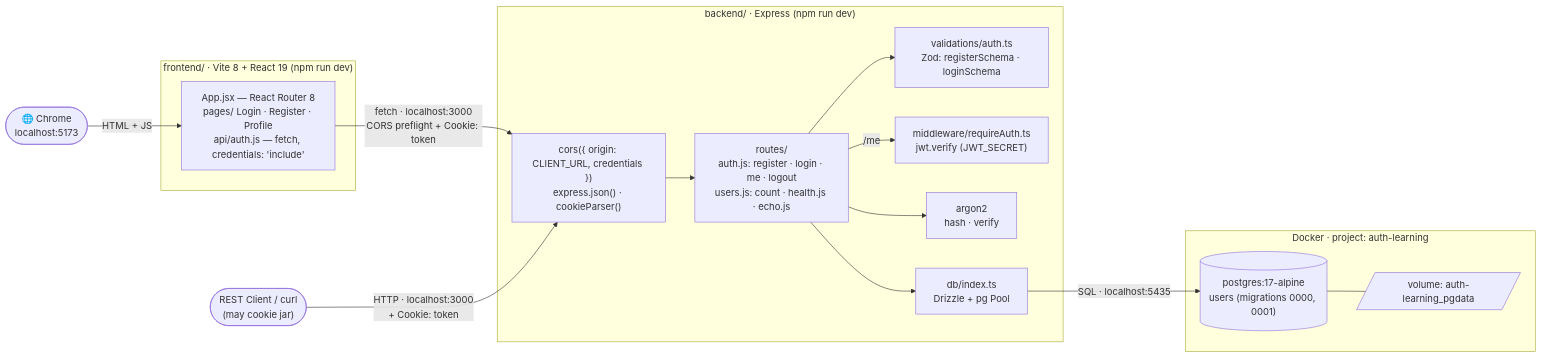
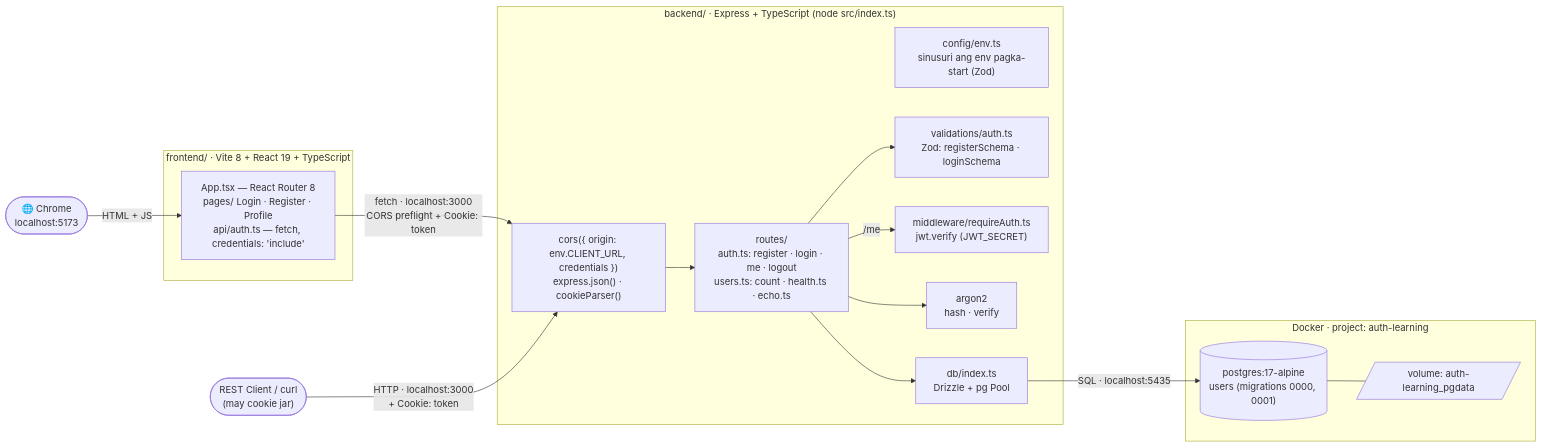
Before and after one commit to nelson1869-ai/auth-learning: the first of 3 diagrams in docs/diagrams/00-architecture.md, drawn with Mermaid. The commit also changed other lines of this file and 7 other files, not shown here.

Commit message:
docs: D-019 frontend types are a copy of the API, day 32b notes, diagrams

````diff
--- a/docs/diagrams/00-architecture.md
+++ b/docs/diagrams/00-architecture.md
@@ -12,28 +12,29 @@
 ```mermaid
 flowchart LR
     Browser(["🌐 Chrome<br/>localhost:5173"]) -->|"HTML + JS"| FE
-    subgraph FEG["frontend/ · Vite 8 + React 19 (npm run dev)"]
-        FE["App.jsx — React Router 8<br/>pages/ Login · Register · Profile<br/>api/auth.js — fetch, credentials: 'include'"]
+    subgraph FEG["frontend/ · Vite 8 + React 19 + TypeScript"]
+        FE["App.tsx — React Router 8<br/>pages/ Login · Register · Profile<br/>api/auth.ts — fetch, credentials: 'include'"]
     end
     FE -->|"fetch · localhost:3000<br/>CORS preflight + Cookie: token"| MW
     Client(["REST Client / curl<br/>(may cookie jar)"]) -->|"HTTP · localhost:3000<br/>+ Cookie: token"| MW
-    subgraph BE["backend/ · Express (npm run dev)"]
-        MW["cors({ origin: CLIENT_URL, credentials })<br/>express.json() · cookieParser()"]
-        Routes["routes/<br/>auth.js: register · login · me · logout<br/>users.js: count · health.js · echo.js"]
+    subgraph BE["backend/ · Express + TypeScript (node src/index.ts)"]
+        MW["cors({ origin: env.CLIENT_URL, credentials })<br/>express.json() · cookieParser()"]
+        Env["config/env.ts<br/>sinusuri ang env pagka-start (Zod)"]
+        Routes["routes/<br/>auth.ts: register · login · me · logout<br/>users.ts: count · health.ts · echo.ts"]
         Val["validations/auth.ts<br/>Zod: registerSchema · loginSchema"]
         Auth["middleware/requireAuth.ts<br/>jwt.verify (JWT_SECRET)"]
         Hash["argon2<br/>hash · verify"]
         DB["db/index.ts<br/>Drizzle + pg Pool"]
         MW --> Routes
         Routes --> Val
         Routes -->|"/me"| Auth
         Routes --> Hash
         Routes --> DB
     end
     DB -->|"SQL · localhost:5435"| PG
     subgraph Docker["Docker · project: auth-learning"]
         PG[("postgres:17-alpine<br/>users (migrations 0000, 0001)")]
         Vol[/"volume: auth-learning_pgdata"/]
         PG --- Vol
     end
 ```
````
